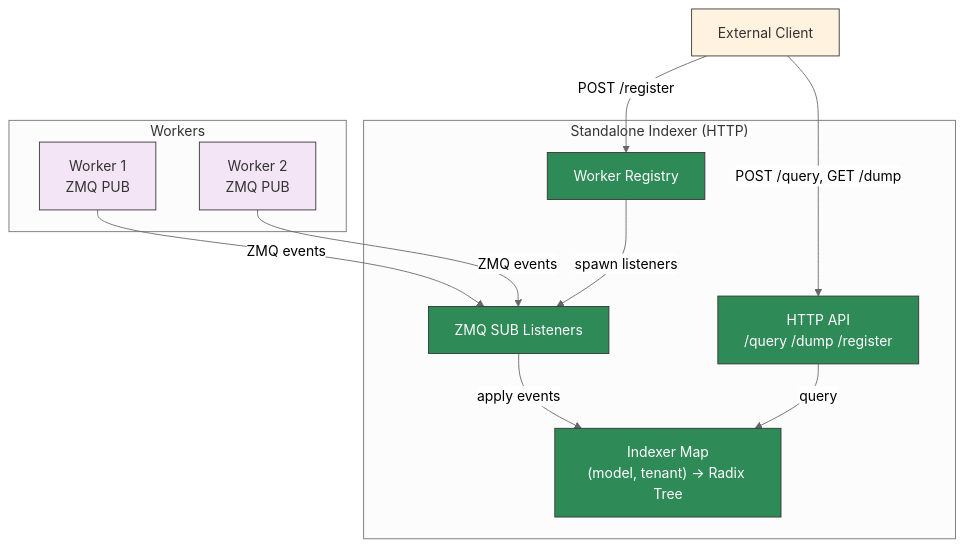
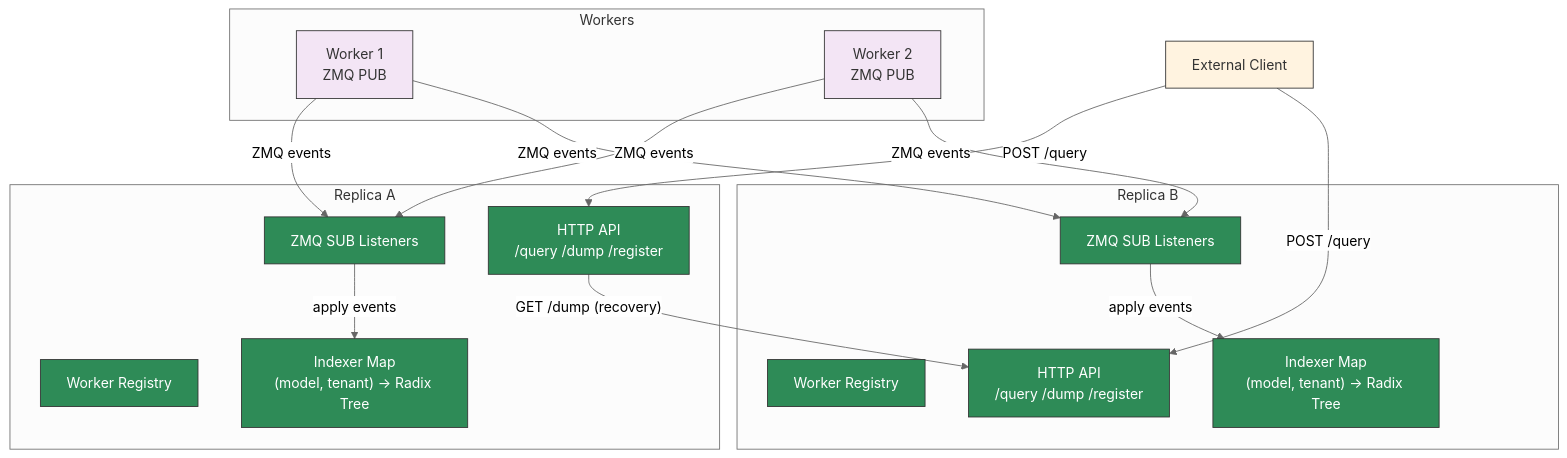
One commit to ai-dynamo/dynamo changed the diagram in docs/components/router/standalone-indexer.md. Above: the diagram before and after it, drawn with Mermaid (neutral theme). The commit also changed other lines of this file, not shown here.

Commit message:
docs: add P2P recovery section to standalone indexer guide

````diff
--- a/docs/components/router/standalone-indexer.md
+++ b/docs/components/router/standalone-indexer.md
@@ -205,32 +280,45 @@
 ```mermaid
 graph TD
     subgraph Workers
         W1[Worker 1<br/>ZMQ PUB]
         W2[Worker 2<br/>ZMQ PUB]
     end
 
-    subgraph "Standalone Indexer (HTTP)"
-        REG[Worker Registry]
-        ZMQ[ZMQ SUB Listeners]
-        IDX["Indexer Map<br/>(model, tenant) → Radix Tree"]
-        HTTP[HTTP API<br/>/query /dump /register]
+    subgraph "Replica A"
+        REG_A[Worker Registry]
+        ZMQ_A[ZMQ SUB Listeners]
+        IDX_A["Indexer Map<br/>(model, tenant) → Radix Tree"]
+        HTTP_A[HTTP API<br/>/query /dump /register]
+    end
+
+    subgraph "Replica B"
+        REG_B[Worker Registry]
+        ZMQ_B[ZMQ SUB Listeners]
+        IDX_B["Indexer Map<br/>(model, tenant) → Radix Tree"]
+        HTTP_B[HTTP API<br/>/query /dump /register]
     end
 
     CLIENT[External Client]
 
-    W1 -->|ZMQ events| ZMQ
-    W2 -->|ZMQ events| ZMQ
-    CLIENT -->|POST /register| REG
-    REG -->|spawn listeners| ZMQ
-    ZMQ -->|apply events| IDX
-    CLIENT -->|POST /query, GET /dump| HTTP
-    HTTP -->|query| IDX
+    W1 -->|ZMQ events| ZMQ_A
+    W2 -->|ZMQ events| ZMQ_A
+    W1 -->|ZMQ events| ZMQ_B
+    W2 -->|ZMQ events| ZMQ_B
+    ZMQ_A -->|apply events| IDX_A
+    ZMQ_B -->|apply events| IDX_B
+    HTTP_A -->|"GET /dump (recovery)"| HTTP_B
+    CLIENT -->|POST /query| HTTP_A
+    CLIENT -->|POST /query| HTTP_B
 
     style W1 fill:#f3e5f5,stroke:#333,color:#333
     style W2 fill:#f3e5f5,stroke:#333,color:#333
-    style IDX fill:#2e8b57,stroke:#333,color:#fff
-    style ZMQ fill:#2e8b57,stroke:#333,color:#fff
-    style REG fill:#2e8b57,stroke:#333,color:#fff
-    style HTTP fill:#2e8b57,stroke:#333,color:#fff
+    style IDX_A fill:#2e8b57,stroke:#333,color:#fff
+    style ZMQ_A fill:#2e8b57,stroke:#333,color:#fff
+    style REG_A fill:#2e8b57,stroke:#333,color:#fff
+    style HTTP_A fill:#2e8b57,stroke:#333,color:#fff
+    style IDX_B fill:#2e8b57,stroke:#333,color:#fff
+    style ZMQ_B fill:#2e8b57,stroke:#333,color:#fff
+    style REG_B fill:#2e8b57,stroke:#333,color:#fff
+    style HTTP_B fill:#2e8b57,stroke:#333,color:#fff
     style CLIENT fill:#fff3e0,stroke:#333,color:#333
 ```
````
